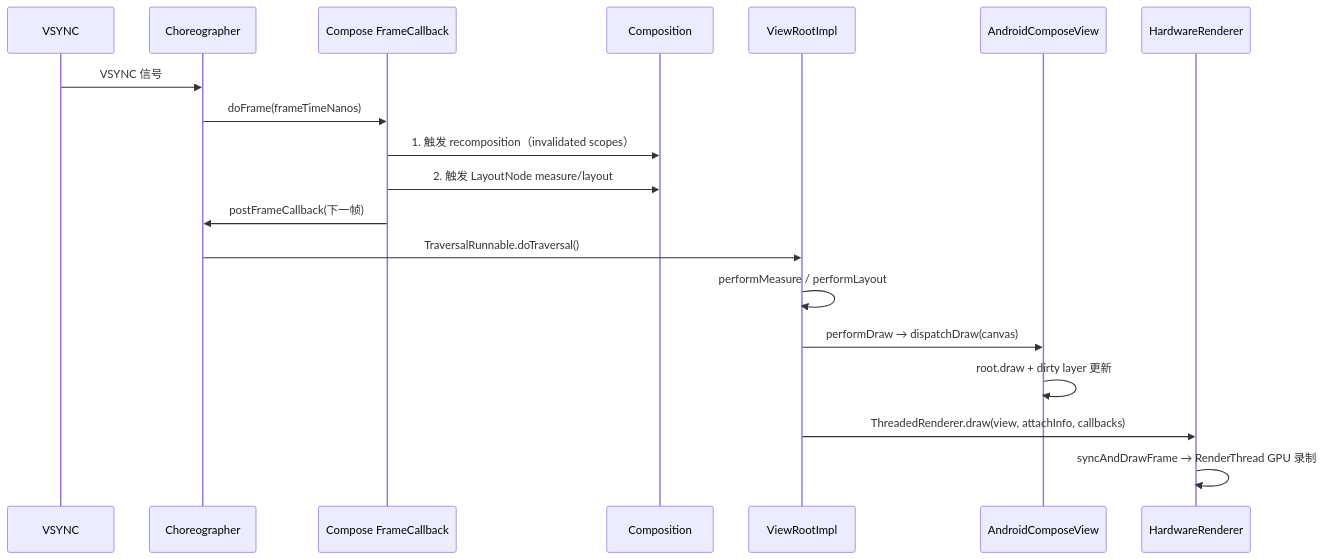
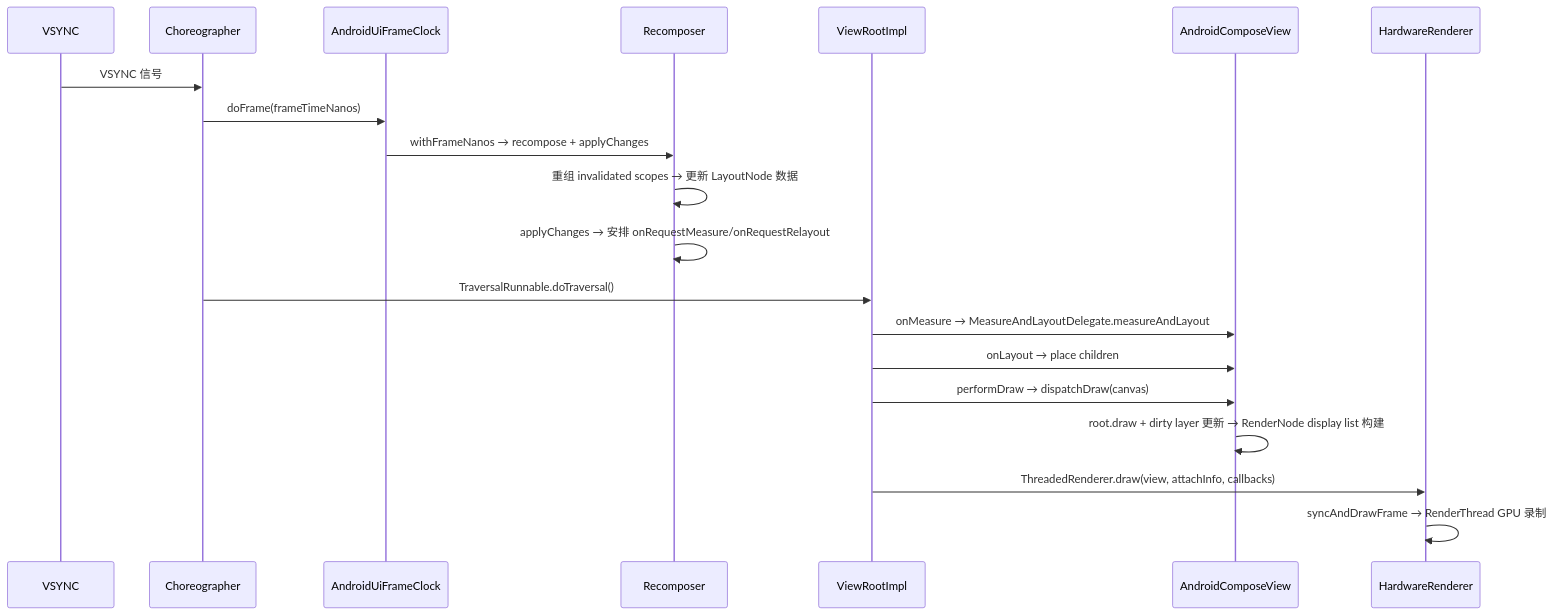
The first of 4 diagrams in src/part2-performance/ch18-rendering-pipelines/25-compose-rendering-pipeline.md (Gracker/android-internals-wiki), drawn with Mermaid before and after one commit. The commit also changed other lines of this file and 1 other file, not shown here.

Commit message:
[openclaw] rework: 18.25 Compose 渲染管线架构 — FrameClock/traversal边界·GraphicsLayer主路径·Snapshot锁语义·PausableComposition版本边界(Task9 Deep Tech Review 5项P0修复)

````diff
--- a/src/part2-performance/ch18-rendering-pipelines/25-compose-rendering-pipeline.md
+++ b/src/part2-performance/ch18-rendering-pipelines/25-compose-rendering-pipeline.md
@@ -84,22 +88,23 @@
 ```mermaid
 sequenceDiagram
     participant VSYNC as VSYNC
     participant Choreo as Choreographer
-    participant CB_Compose as Compose FrameCallback
-    participant Comp as Composition
+    participant UiFC as AndroidUiFrameClock
+    participant Rec as Recomposer
     participant VRI as ViewRootImpl
     participant ACP as AndroidComposeView
     participant HR as HardwareRenderer
     
     VSYNC->>Choreo: VSYNC 信号
-    Choreo->>CB_Compose: doFrame(frameTimeNanos)
-    CB_Compose->>Comp: 1. 触发 recomposition（invalidated scopes）
-    CB_Compose->>Comp: 2. 触发 LayoutNode measure/layout
-    CB_Compose->>Choreo: postFrameCallback(下一帧)
+    Choreo->>UiFC: doFrame(frameTimeNanos)
+    UiFC->>Rec: withFrameNanos → recompose + applyChanges
+    Rec->>Rec: 重组 invalidated scopes → 更新 LayoutNode 数据
+    Rec->>Rec: applyChanges → 安排 onRequestMeasure/onRequestRelayout
     Choreo->>VRI: TraversalRunnable.doTraversal()
-    VRI->>VRI: performMeasure / performLayout
+    VRI->>ACP: onMeasure → MeasureAndLayoutDelegate.measureAndLayout
+    VRI->>ACP: onLayout → place children
     VRI->>ACP: performDraw → dispatchDraw(canvas)
-    ACP->>ACP: root.draw + dirty layer 更新
+    ACP->>ACP: root.draw + dirty layer 更新 → RenderNode display list 构建
     VRI->>HR: ThreadedRenderer.draw(view, attachInfo, callbacks)
     HR->>HR: syncAndDrawFrame → RenderThread GPU 录制
 ```
````
